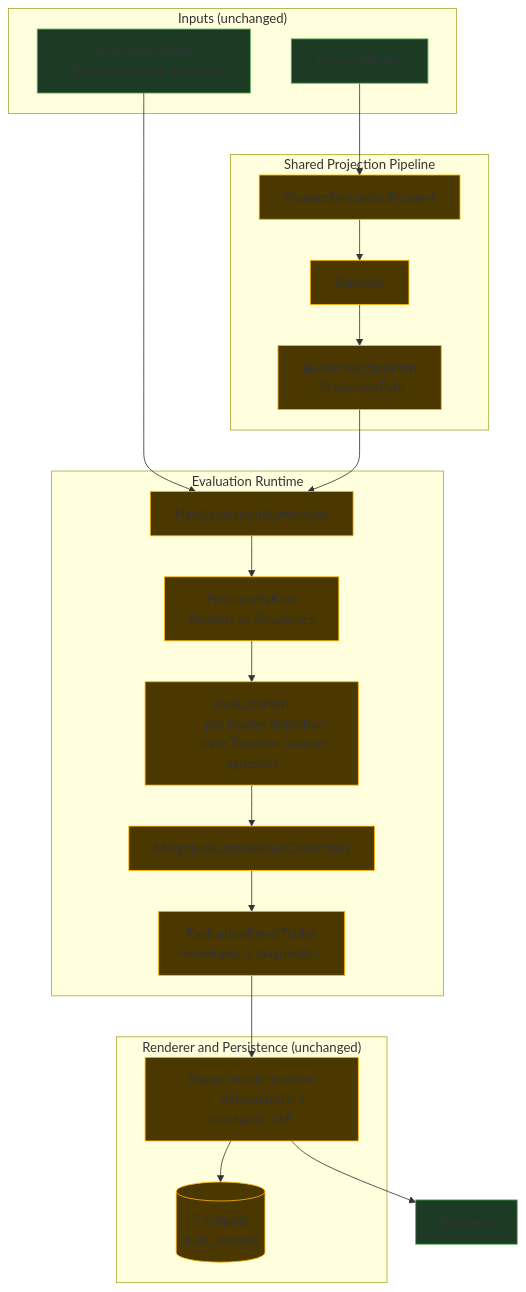
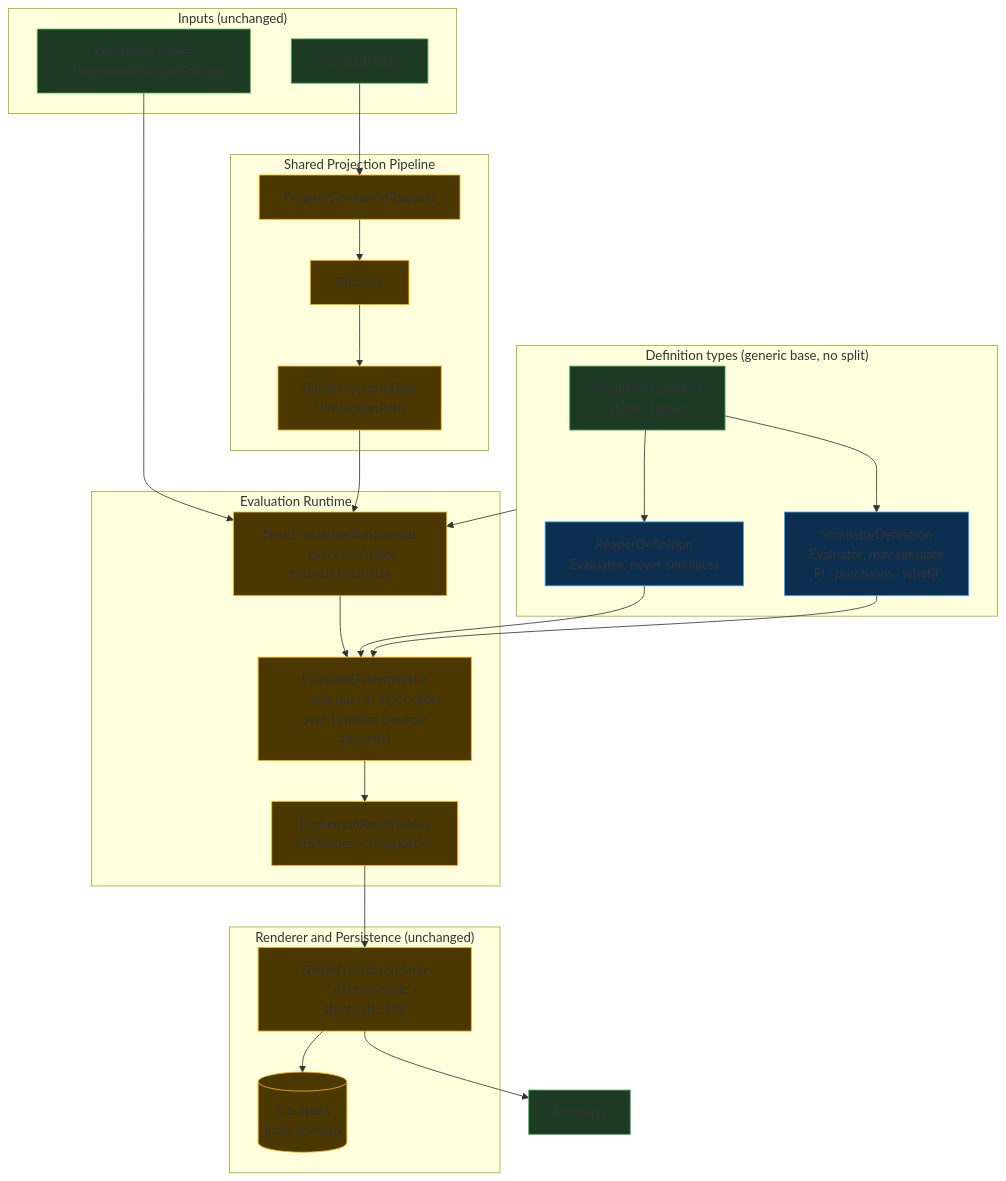
Before and after one commit to SimHoZebs/net-worth-estimator: the diagram in docs/diagrams/changes/evaluation-worker-before.mmd, drawn with Mermaid. The commit also changed 35 other files, not shown here.

First line of the commit message:
refactor(evaluations): generic Evaluator base, Reader/Simulator subtypes, drop runtime split

```diff
--- a/docs/diagrams/changes/evaluation-worker-before.mmd
+++ b/docs/diagrams/changes/evaluation-worker-before.mmd
@@ -1,61 +1,72 @@
 flowchart TB
     subgraph IN["Inputs (unchanged)"]
         MODEL["FinancialModel"]
         CFG["Evaluation Tables
         + ProjectionRuntimeSettings"]
     end
 
     subgraph PIPE["Shared Projection Pipeline"]
         PREP["PrepareSimulationRequest"]
         SIM["Simulate"]
         PATH["BuildProjectionPath
         *ProjectionPath"]
     end
 
     subgraph RUNTIME["Evaluation Runtime"]
-        SET["NewEvaluationRuntimeSet"]
-        PART["PartitionByKind
-        Readers vs Simulators"]
-        EVAL["EvaluatePath
-        per Reader definition
-        over Timeline (source-agnostic)"]
-        MERGE["MergeEvaluationResultCollections"]
+        SET["NewEvaluationRuntimeSet
+        every evaluator extends Evaluator"]
+        EVAL["EvaluateDeterministic
+        one pass in input order over Timeline (source-agnostic)"]
         TABLES["EvaluationResultTables
         envelopes + diagnostics"]
+    end
+
+    subgraph DEFS["Definition types (generic base, no split)"]
+        BASE["Evaluator (generic)
+        shared hooks"]
+        READER["ReaderDefinition
+        Evaluator, never simulates"]
+        SIMDEF["SimulatorDefinition
+        Evaluator, may simulate
+        FI · purchases · whatIf"]
     end
 
     subgraph OUT["Renderer and Persistence (unchanged)"]
         RENDER["Shared result renderer
         deterministic + stochastic SSE"]
         OUTPUTS[("7 outputs
         built_revision")]
     end
 
     UI["Frontend"]
 
     MODEL --> PREP
     CFG --> SET
     PREP --> SIM
     SIM --> PATH
     PATH --> SET
-    SET --> PART
-    PART --> EVAL
-    EVAL --> MERGE
-    MERGE --> TABLES
+    SET --> EVAL
+    EVAL --> TABLES
     TABLES --> RENDER
     RENDER --> OUTPUTS
     RENDER --> UI
+    BASE --> READER
+    BASE --> SIMDEF
+    READER --> EVAL
+    SIMDEF --> EVAL
+    DEFS --> SET
 
     style MODEL fill:#1d3a24,stroke:#4caf50
     style CFG fill:#1d3a24,stroke:#4caf50
     style PREP fill:#4a3800,stroke:#ffb300
     style SIM fill:#4a3800,stroke:#ffb300
     style PATH fill:#4a3800,stroke:#ffb300
     style SET fill:#4a3800,stroke:#ffb300
-    style PART fill:#4a3800,stroke:#ffb300
     style EVAL fill:#4a3800,stroke:#ffb300
-    style MERGE fill:#4a3800,stroke:#ffb300
     style TABLES fill:#4a3800,stroke:#ffb300
     style RENDER fill:#4a3800,stroke:#ffb300
     style OUTPUTS fill:#4a3800,stroke:#ffb300
     style UI fill:#1d3a24,stroke:#4caf50
+    style BASE fill:#1d3a24,stroke:#4caf50
+    style READER fill:#0d2f4f,stroke:#42a5f5
+    style SIMDEF fill:#0d2f4f,stroke:#42a5f5
```
